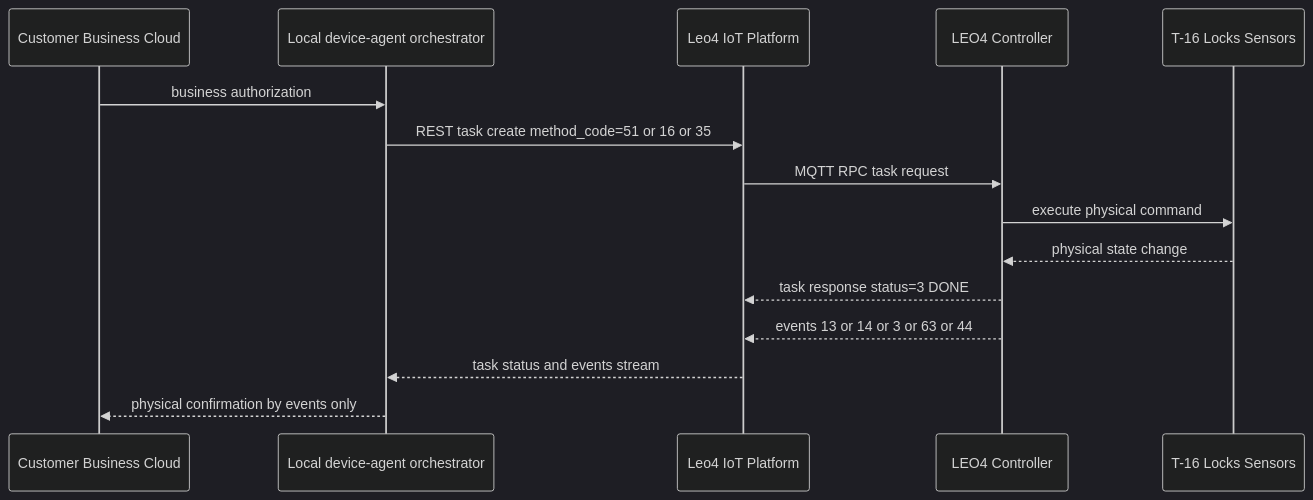
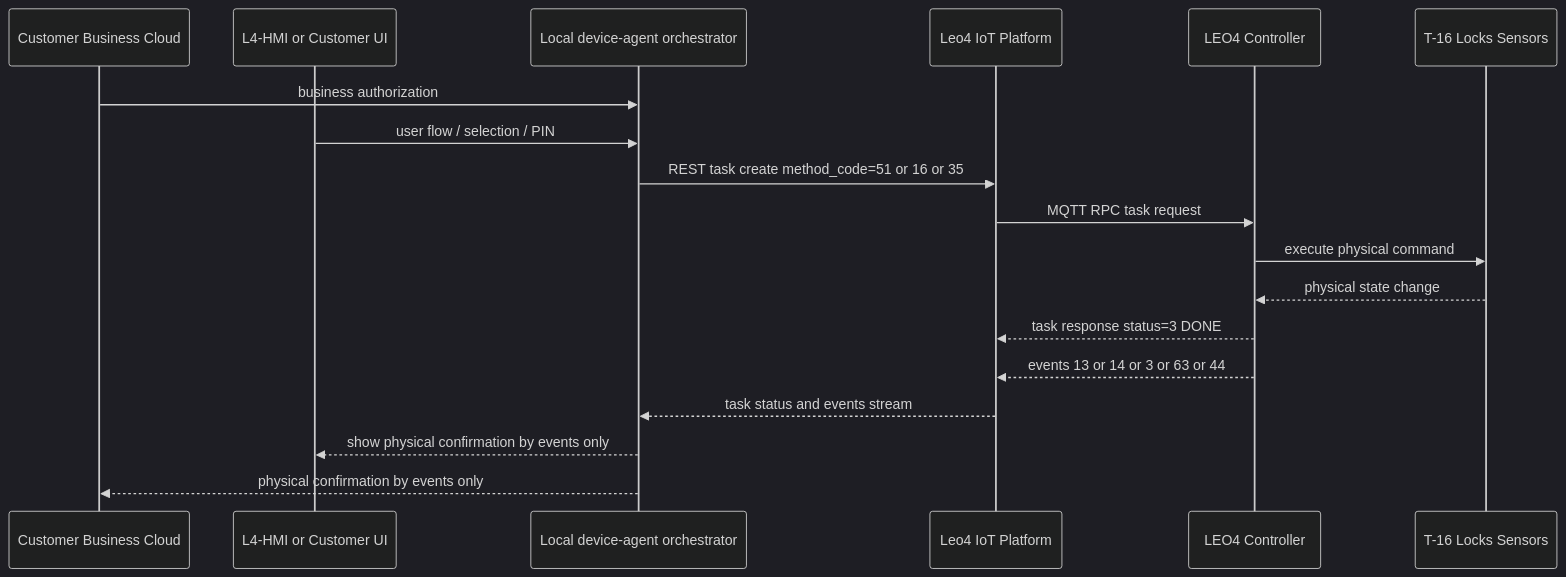
The third of 5 diagrams in docs/presale/leo4-vendor-execution-layer-response.md (OlegLebedevRU/iot-rpc-rest-app), drawn with Mermaid (dark theme) before and after one commit. The commit also changed other lines of this file, not shown here.

Commit message:
docs: add L4-HMI self-service UI positioning

````diff
--- a/docs/presale/leo4-vendor-execution-layer-response.md
+++ b/docs/presale/leo4-vendor-execution-layer-response.md
@@ -125,18 +132,21 @@
 ```mermaid
 sequenceDiagram
     participant BC as Customer Business Cloud
+    participant UI as L4-HMI or Customer UI
     participant AG as Local device-agent orchestrator
     participant LP as Leo4 IoT Platform
     participant CT as LEO4 Controller
     participant HW as T-16 Locks Sensors
 
     BC->>AG: business authorization
+    UI->>AG: user flow / selection / PIN
     AG->>LP: REST task create method_code=51 or 16 or 35
     LP->>CT: MQTT RPC task request
     CT->>HW: execute physical command
     HW-->>CT: physical state change
     CT-->>LP: task response status=3 DONE
     CT-->>LP: events 13 or 14 or 3 or 63 or 44
     LP-->>AG: task status and events stream
+    AG-->>UI: show physical confirmation by events only
     AG-->>BC: physical confirmation by events only
 ```
````
